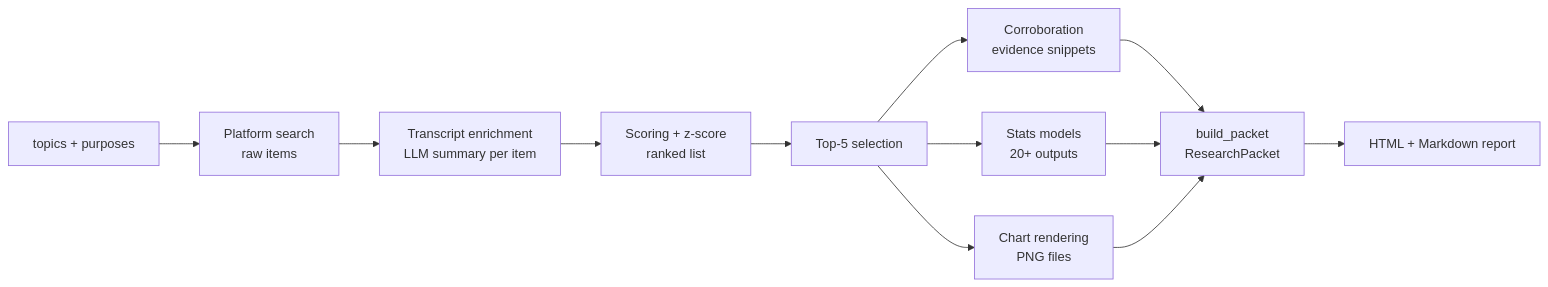
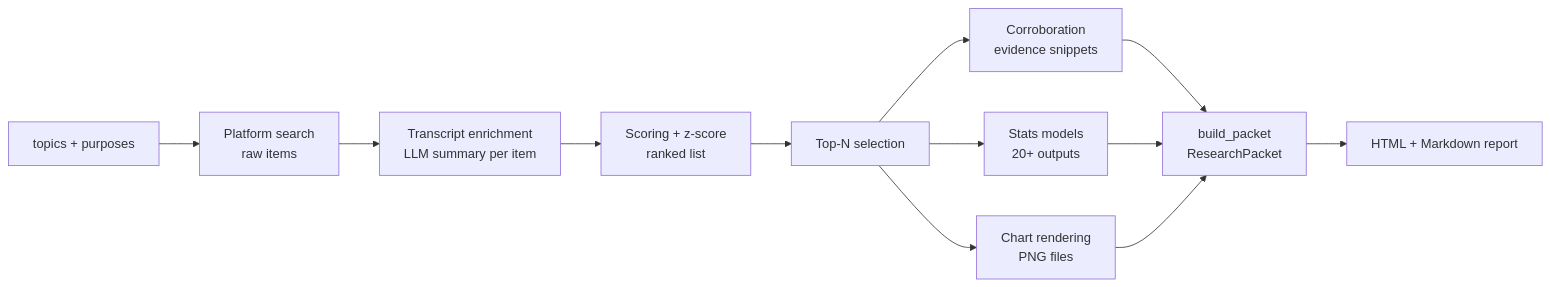
Before and after one commit to reshinto/social-research-probe: the diagram in docs/diagrams/src/data-flow.mmd, drawn with Mermaid. The commit also changed 108 other files, not shown here.

```diff
--- a/docs/diagrams/src/data-flow.mmd
+++ b/docs/diagrams/src/data-flow.mmd
@@ -1,12 +1,12 @@
 graph LR
     A["topics + purposes"] --> B["Platform search\nraw items"]
     B --> C["Transcript enrichment\nLLM summary per item"]
     C --> D["Scoring + z-score\nranked list"]
-    D --> E["Top-5 selection"]
+    D --> E["Top-N selection"]
     E --> F["Corroboration\nevidence snippets"]
     E --> G["Stats models\n20+ outputs"]
     E --> H["Chart rendering\nPNG files"]
     F --> I["build_packet\nResearchPacket"]
     G --> I
     H --> I
     I --> J["HTML + Markdown report"]
```
